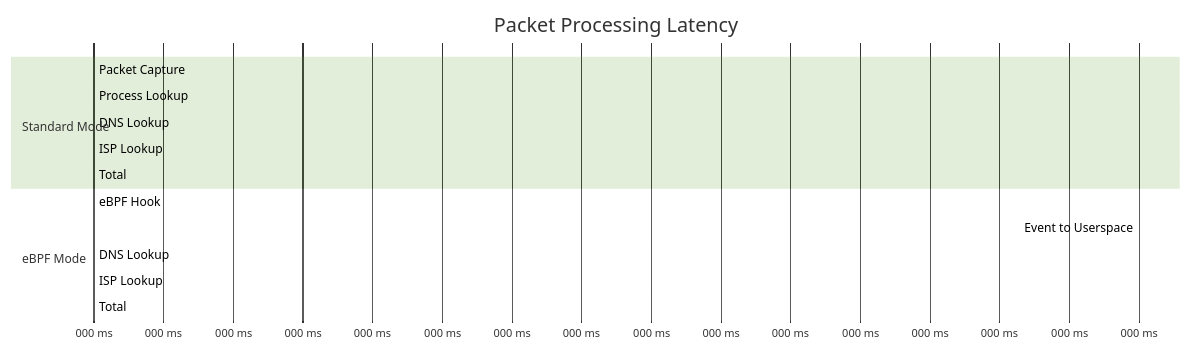
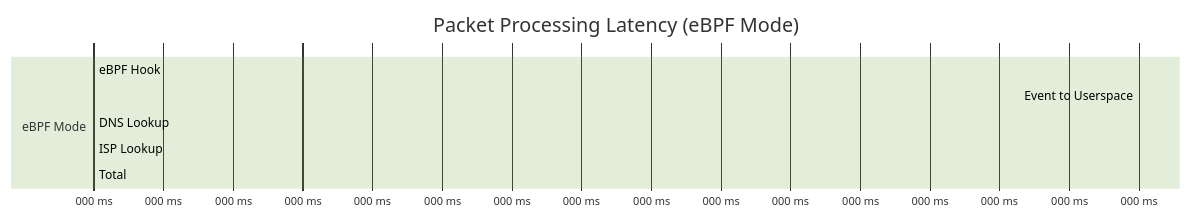
One commit to abstratium-dev/abnemo changed diagram 11 of 15 in docs/DESIGN.md. Above: the diagram before and after it, drawn with Mermaid (forest theme). The commit also changed other lines of this file and 17 other files, not shown here.

Commit message:
making ebpf standard; improving process; etc.

````diff
--- a/docs/DESIGN.md
+++ b/docs/DESIGN.md
@@ -518,20 +420,13 @@
 ```mermaid
 gantt
-    title Packet Processing Latency
+    title Packet Processing Latency (eBPF Mode)
     dateFormat X
     axisFormat %L ms
-    
-    section Standard Mode
-    Packet Capture     :0, 2
-    Process Lookup     :2, 5
-    DNS Lookup         :5, 25
-    ISP Lookup         :25, 50
-    Total              :0, 50
     
     section eBPF Mode
     eBPF Hook          :0, 0.1
     Event to Userspace :0.1, 0.5
     DNS Lookup         :0.5, 20
     ISP Lookup         :20, 45
     Total              :0, 45
 ```
````
